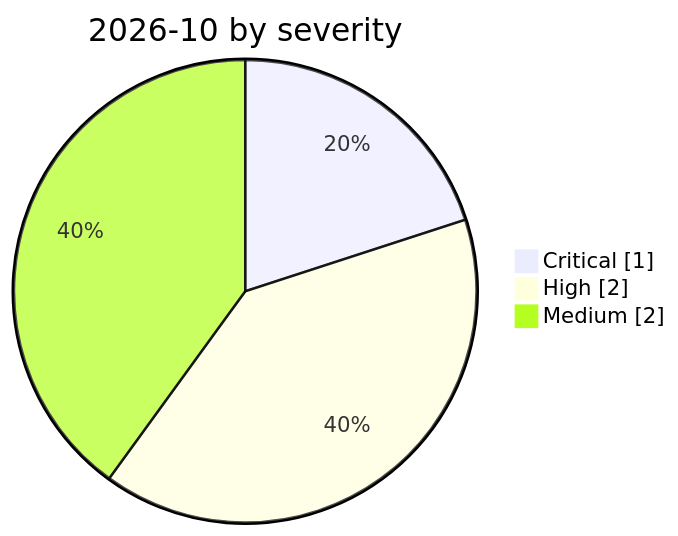
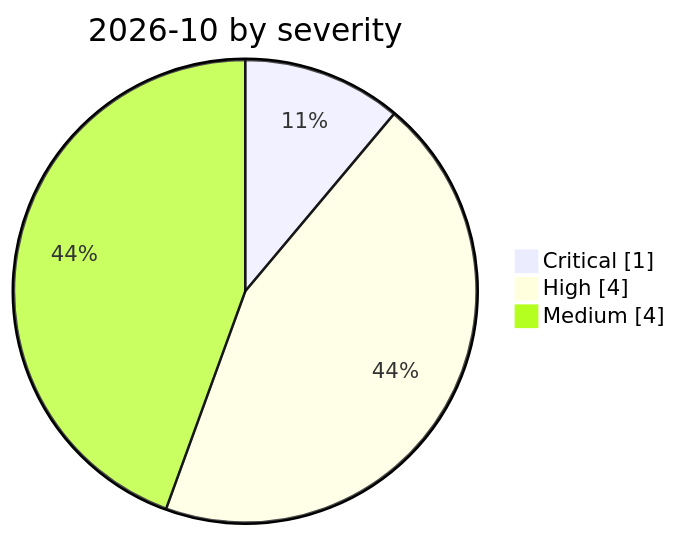
Before and after one commit to Continuum-AI-Corp/Orca-AI-Incident-Archive: the diagram in incidents/2026-10/README.md, drawn with Mermaid. The commit also changed other lines of this file and 40 other files, not shown here.

````diff
--- a/incidents/2026-10/README.md
+++ b/incidents/2026-10/README.md
@@ -8,7 +8,7 @@
 ```mermaid
 pie showData
     title 2026-10 by severity
     "Critical" : 1
-    "High" : 2
-    "Medium" : 2
+    "High" : 4
+    "Medium" : 4
 ```
````
